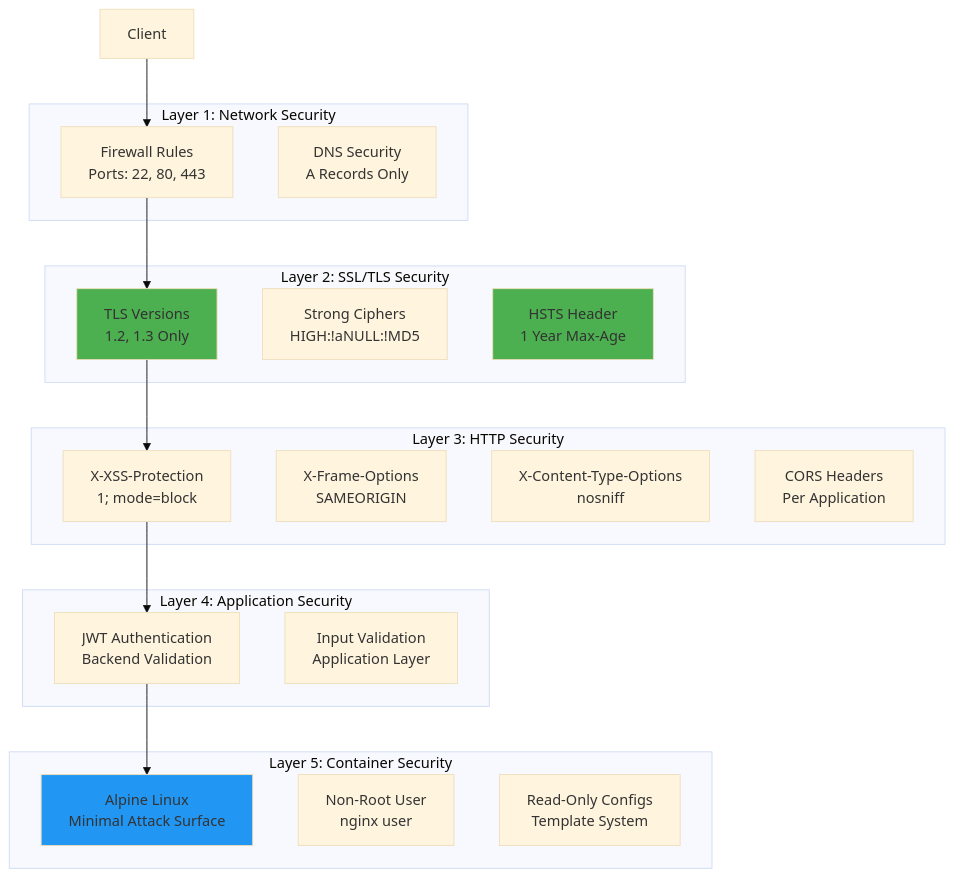
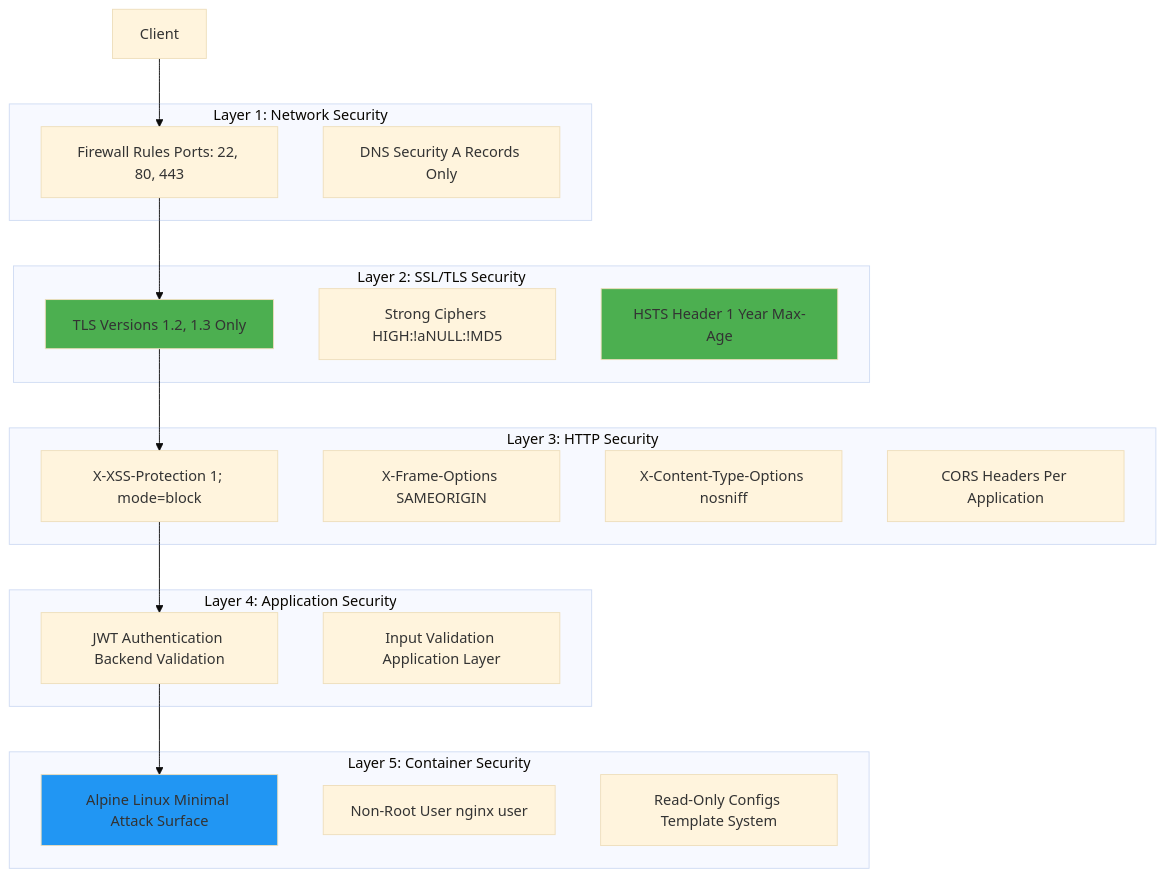
One commit to softwarewrighter/ssl-proxy-for-do changed the eighth of 10 diagrams in wiki/Architecture.md. Above: the diagram before and after it, drawn with Mermaid (base theme). The commit also changed other lines of this file and 7 other files, not shown here.

First line of the commit message:
Fix wiki Mermaid diagrams: remove remaining <br/> tags

````diff
--- a/wiki/Architecture.md
+++ b/wiki/Architecture.md
@@ -317,41 +317,41 @@
 ```mermaid
 graph TB
     subgraph "Layer 1: Network Security"
-        FW[Firewall Rules<br/>Ports: 22, 80, 443]
-        DNS_SEC[DNS Security<br/>A Records Only]
+        FW[Firewall Rules Ports: 22, 80, 443]
+        DNS_SEC[DNS Security A Records Only]
     end
 
     subgraph "Layer 2: SSL/TLS Security"
-        TLS_VER[TLS Versions<br/>1.2, 1.3 Only]
-        CIPHER[Strong Ciphers<br/>HIGH:!aNULL:!MD5]
-        HSTS[HSTS Header<br/>1 Year Max-Age]
+        TLS_VER[TLS Versions 1.2, 1.3 Only]
+        CIPHER[Strong Ciphers HIGH:!aNULL:!MD5]
+        HSTS[HSTS Header 1 Year Max-Age]
     end
 
     subgraph "Layer 3: HTTP Security"
-        XSS[X-XSS-Protection<br/>1; mode=block]
-        FRAME[X-Frame-Options<br/>SAMEORIGIN]
-        NOSNIFF[X-Content-Type-Options<br/>nosniff]
-        CORS[CORS Headers<br/>Per Application]
+        XSS[X-XSS-Protection 1; mode=block]
+        FRAME[X-Frame-Options SAMEORIGIN]
+        NOSNIFF[X-Content-Type-Options nosniff]
+        CORS[CORS Headers Per Application]
     end
 
     subgraph "Layer 4: Application Security"
-        JWT[JWT Authentication<br/>Backend Validation]
-        INPUT[Input Validation<br/>Application Layer]
+        JWT[JWT Authentication Backend Validation]
+        INPUT[Input Validation Application Layer]
     end
 
     subgraph "Layer 5: Container Security"
-        ALPINE[Alpine Linux<br/>Minimal Attack Surface]
-        NONROOT[Non-Root User<br/>nginx user]
-        READONLY[Read-Only Configs<br/>Template System]
+        ALPINE[Alpine Linux Minimal Attack Surface]
+        NONROOT[Non-Root User nginx user]
+        READONLY[Read-Only Configs Template System]
     end
 
     Client[Client] --> FW
     FW --> TLS_VER
     TLS_VER --> XSS
     XSS --> JWT
     JWT --> ALPINE
 
     style TLS_VER fill:#4CAF50
     style HSTS fill:#4CAF50
     style ALPINE fill:#2196F3
 ```
````
